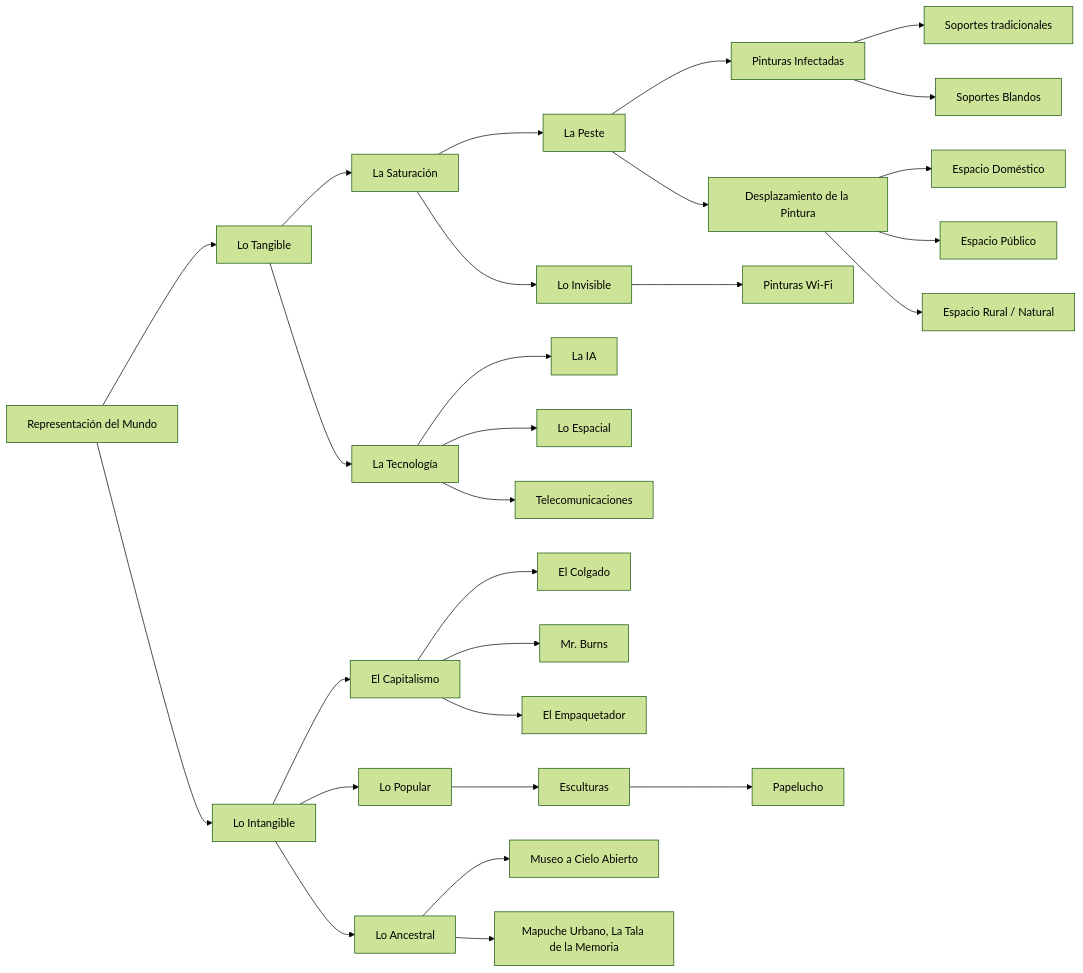
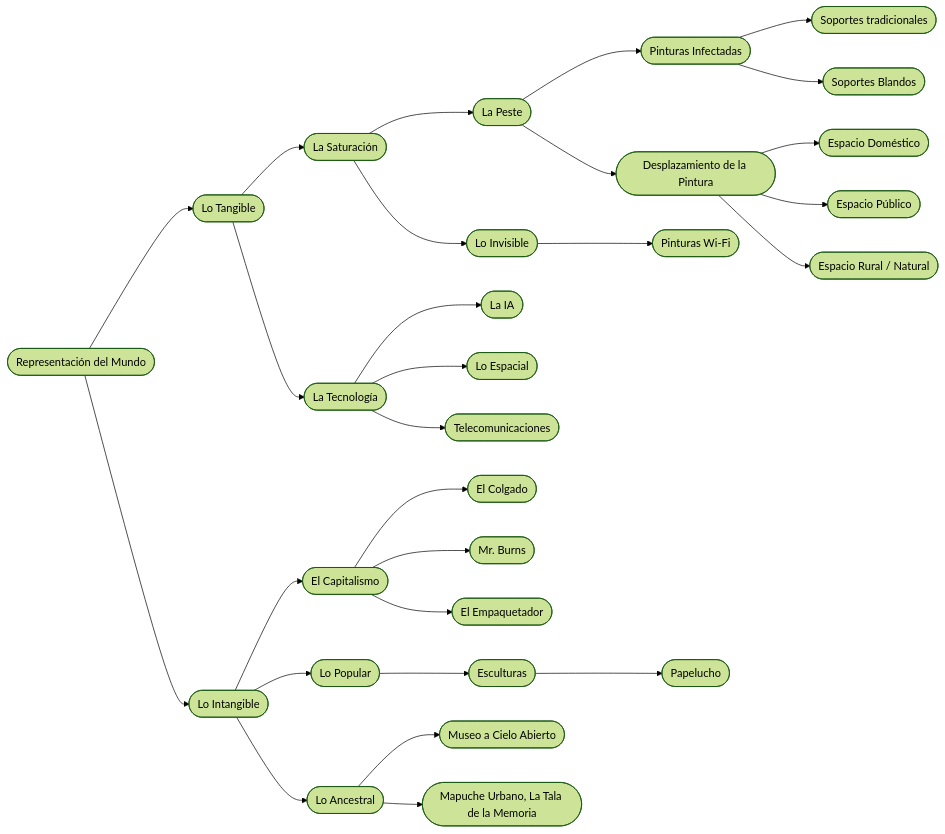
Before and after one commit to EGGS-Artesvisuales/EGGS-Artesvisuales.github.io: the first of 3 diagrams in ES/diagrama.md, drawn with Mermaid (forest theme). The commit also changed other lines of this file, not shown here.

```diff
--- a/ES/diagrama.md
+++ b/ES/diagrama.md
@@ -26,69 +26,69 @@
 <div class="mermaid">
 graph LR
-  A[Representación del Mundo] --> A1[Lo Tangible]
-  A --> A2[Lo Intangible]
+  A([Representación del Mundo]) --> A1([Lo Tangible])
+  A --> A2([Lo Intangible])
 
-  A1 --> A1a[La Saturación]
-  A1a --> A1a1[La Peste]
-  A1a1 --> A1a1a[Pinturas Infectadas]
-  A1a1a --> A1a1a1[Soportes tradicionales]
-  A1a1a --> A1a1a2[Soportes Blandos]
+  A1 --> A1a([La Saturación])
+  A1a --> A1a1([La Peste])
+  A1a1 --> A1a1a([Pinturas Infectadas])
+  A1a1a --> A1a1a1([Soportes tradicionales])
+  A1a1a --> A1a1a2([Soportes Blandos])
 
-  A1a1 --> A1a1b[Desplazamiento de la Pintura]
-  A1a1b --> A1a1b1[Espacio Doméstico]
-  A1a1b --> A1a1b2[Espacio Público]
-  A1a1b --> A1a1b3[Espacio Rural / Natural]
+  A1a1 --> A1a1b([Desplazamiento de la Pintura])
+  A1a1b --> A1a1b1([Espacio Doméstico])
+  A1a1b --> A1a1b2([Espacio Público])
+  A1a1b --> A1a1b3([Espacio Rural / Natural])
 
-  A1a --> A1a2[Lo Invisible]
-  A1a2 --> A1a2a[Pinturas Wi-Fi]
+  A1a --> A1a2([Lo Invisible])
+  A1a2 --> A1a2a([Pinturas Wi-Fi])
 
-  A1 --> A1b[La Tecnología]
-  A1b --> A1b1[La IA]
-  A1b --> A1b2[Lo Espacial]
-  A1b --> A1b3[Telecomunicaciones]
+  A1 --> A1b([La Tecnología])
+  A1b --> A1b1([La IA])
+  A1b --> A1b2([Lo Espacial])
+  A1b --> A1b3([Telecomunicaciones])
 
-  A2 --> A2a[El Capitalismo]
-  A2a --> A2a1[El Colgado]
-  A2a --> A2a2[Mr. Burns]
-  A2a --> A2a3[El Empaquetador]
+  A2 --> A2a([El Capitalismo])
+  A2a --> A2a1([El Colgado])
+  A2a --> A2a2([Mr. Burns])
+  A2a --> A2a3([El Empaquetador])
 
-  A2 --> A2b[Lo Popular]
-  A2b --> A2b1[Esculturas]
-  A2b1 --> A2b1a[Papelucho]
+  A2 --> A2b([Lo Popular])
+  A2b --> A2b1([Esculturas])
+  A2b1 --> A2b1a([Papelucho])
 
-  A2 --> A2c[Lo Ancestral]
-  A2c --> A2c1[Museo a Cielo Abierto]
-  A2c --> A2c2[Mapuche Urbano, La Tala de la Memoria]
+  A2 --> A2c([Lo Ancestral])
+  A2c --> A2c1([Museo a Cielo Abierto])
+  A2c --> A2c2([Mapuche Urbano, La Tala de la Memoria])
 
   %% Enlaces (existentes)
   click A "mundo-exterior.html" "Ir a Representación del Mundo"
   click A1 "tangible.html" "Ir a Lo Tangible"
   click A2 "intangible.html" "Ir a Lo Intangible"
   click A1a "saturacion.html" "Ir a La Saturación"
   click A1a1 "la-peste.html" "Ir a La Peste"
   click A1a1a "peste-pinturas-infectadas.html" "Ir a Pinturas infectadas"
   click A1a1b "desplazamiento-pintura.html" "Ir a Desplazamiento de la Pintura"
   click A1a1b1 "espacio-domestico.html" "Ir a Espacio Doméstico"
   click A1a1b2 "espacio-publico.html" "Ir a Espacio Público"
   click A1a1b3 "espacio-rural.html" "Ir a Espacio Rural / Natural"
   click A1a2 "lo-invisible.html" "Ir a Lo Invisible"
   click A2c1 "musoe-cielo-abierto.html" "Ir a Museo a Cielo Abierto"
 
   %% Enlaces (no existentes aún -> en construcción)
   click A1a1a1 "en-construccion.html" "En construcción"
   click A1a1a2 "en-construccion.html" "En construcción"
   click A1a2a "en-construccion.html" "En construcción"
   click A1b "en-construccion.html" "En construcción"
   click A1b1 "en-construccion.html" "En construcción"
   click A1b2 "en-construccion.html" "En construcción"
   click A1b3 "en-construccion.html" "En construcción"
   click A2a "en-construccion.html" "En construcción"
   click A2a1 "en-construccion.html" "En construcción"
   click A2a2 "en-construccion.html" "En construcción"
   click A2a3 "en-construccion.html" "En construcción"
   click A2b "en-construccion.html" "En construcción"
   click A2b1 "en-construccion.html" "En construcción"
   click A2b1a "en-construccion.html" "En construcción"
   click A2c "en-construccion.html" "En construcción"
   click A2c2 "en-construccion.html" "En construcción"
 </div>
```
